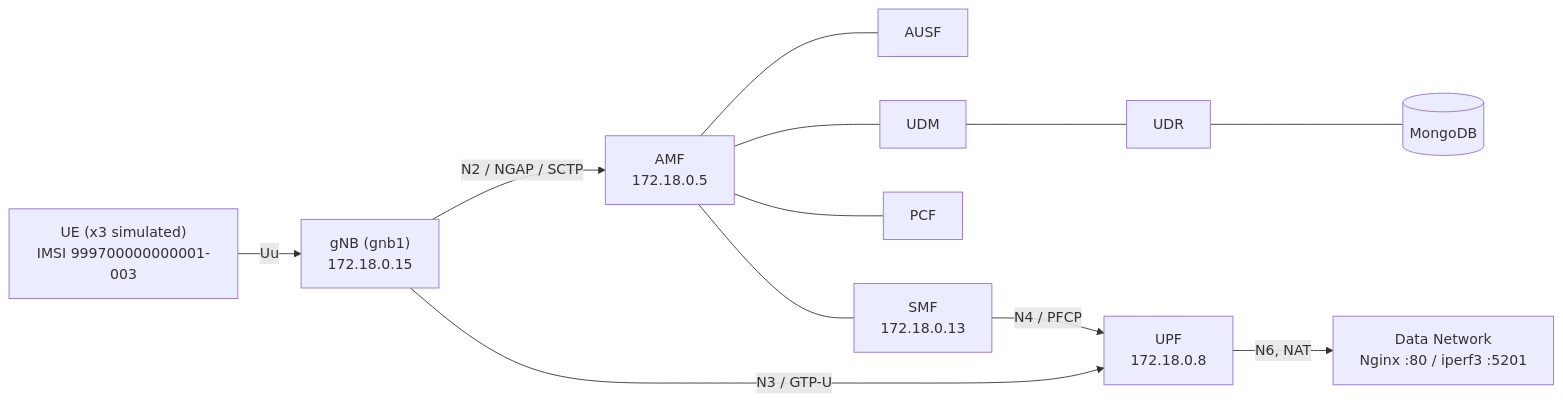
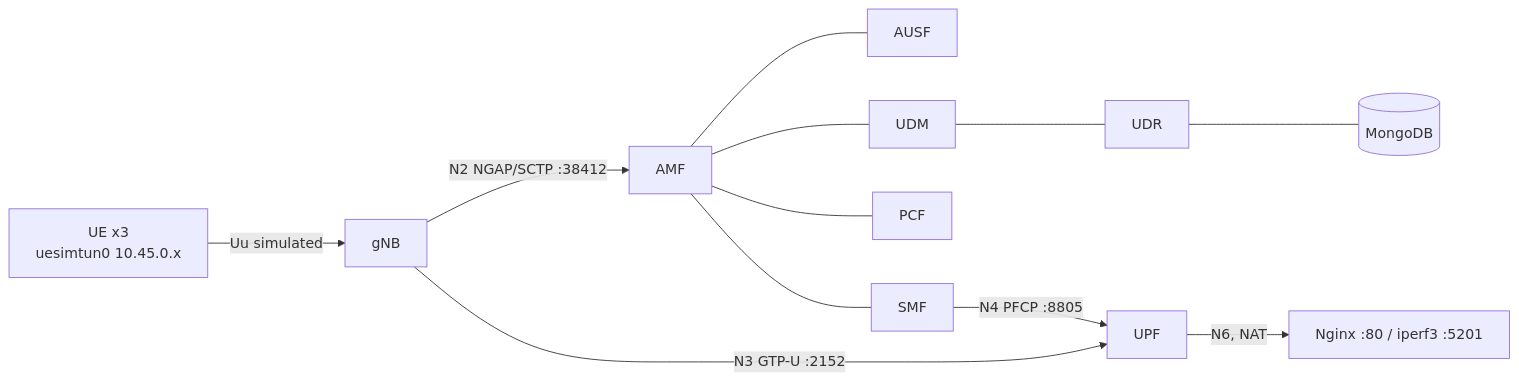
One commit to LeVraiDamien/ProjetTelecom changed the diagram in ScenarioB/REPORT.md. Above: the diagram before and after it, drawn with Mermaid. The commit also changed other lines of this file and 1 other file, not shown here.

````diff
--- a/ScenarioB/REPORT.md
+++ b/ScenarioB/REPORT.md
@@ -37,14 +22,10 @@
 ```mermaid
 graph LR
-    UE["UE (x3 simulated)<br/>IMSI 999700000000001-003"] -->|Uu| GNB["gNB (gnb1)<br/>172.18.0.15"]
-    GNB -->|N2 / NGAP / SCTP| AMF["AMF<br/>172.18.0.5"]
-    GNB -->|N3 / GTP-U| UPF["UPF<br/>172.18.0.8"]
-    AMF --- AUSF["AUSF"]
-    AMF --- UDM["UDM"]
-    AMF --- PCF["PCF"]
-    AMF --- SMF["SMF<br/>172.18.0.13"]
-    SMF -->|N4 / PFCP| UPF
-    UDM --- UDR["UDR"]
-    UDR --- MONGO[("MongoDB")]
-    UPF -->|N6, NAT| APP["Data Network<br/>Nginx :80 / iperf3 :5201"]
+    UE["UE x3<br/>uesimtun0 10.45.0.x"] -->|Uu simulated| GNB["gNB"]
+    GNB -->|N2 NGAP/SCTP :38412| AMF["AMF"]
+    GNB -->|N3 GTP-U :2152| UPF["UPF"]
+    AMF --- AUSF & UDM & PCF & SMF
+    SMF -->|N4 PFCP :8805| UPF
+    UDM --- UDR --- MONGO[("MongoDB")]
+    UPF -->|N6, NAT| APP["Nginx :80 / iperf3 :5201"]
 ```
````
